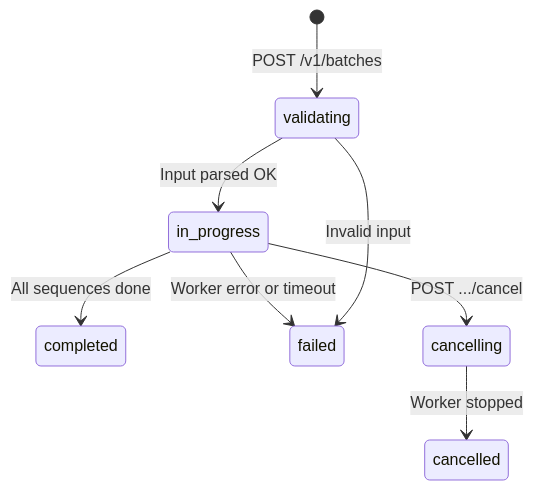
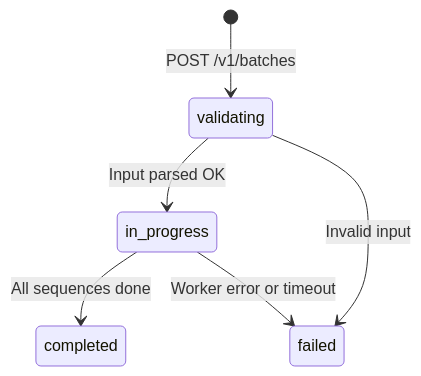
The second of 3 diagrams in docs/batch-api-guide.md (batchgen-project/batchgen), drawn with Mermaid before and after one commit. The commit also changed other lines of this file, not shown here.

````diff
--- a/docs/batch-api-guide.md
+++ b/docs/batch-api-guide.md
@@ -93,10 +93,8 @@
 ```mermaid
 stateDiagram-v2
     [*] --> validating : POST /v1/batches
     validating --> in_progress : Input parsed OK
     in_progress --> completed : All sequences done
     in_progress --> failed : Worker error or timeout
-    in_progress --> cancelling : POST .../cancel
-    cancelling --> cancelled : Worker stopped
     validating --> failed : Invalid input
 ```
````
